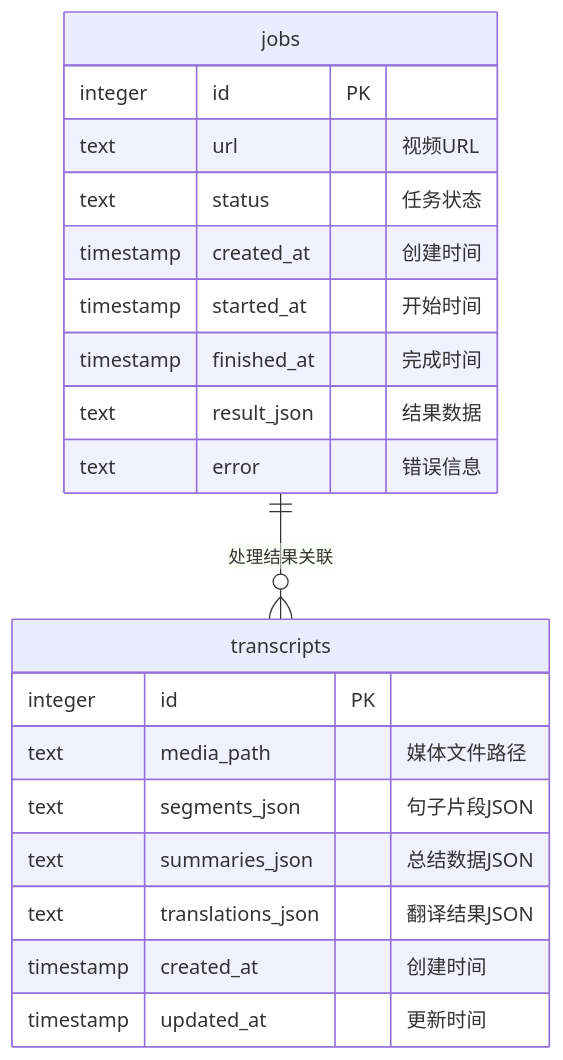
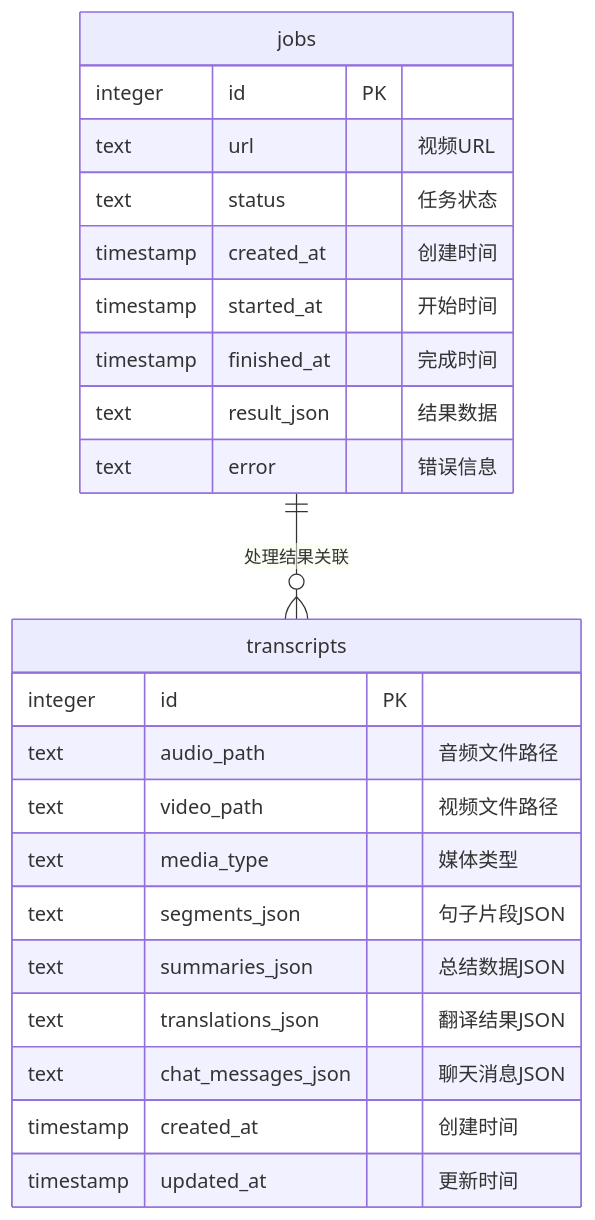
Before and after one commit to li-xiu-qi/HearSight: the diagram in docs/database_schema.md, drawn with Mermaid. The commit also changed other lines of this file and 12 other files, not shown here.

````diff
--- a/docs/database_schema.md
+++ b/docs/database_schema.md
@@ -47,25 +51,28 @@
 ```mermaid
 erDiagram
     jobs ||--o{ transcripts : "处理结果关联"
 
     jobs {
         integer id PK
         text url "视频URL"
         text status "任务状态"
         timestamp created_at "创建时间"
         timestamp started_at "开始时间"
         timestamp finished_at "完成时间"
         text result_json "结果数据"
         text error "错误信息"
     }
 
     transcripts {
         integer id PK
-        text media_path "媒体文件路径"
+        text audio_path "音频文件路径"
+        text video_path "视频文件路径"
+        text media_type "媒体类型"
         text segments_json "句子片段JSON"
         text summaries_json "总结数据JSON"
         text translations_json "翻译结果JSON"
+        text chat_messages_json "聊天消息JSON"
         timestamp created_at "创建时间"
         timestamp updated_at "更新时间"
     }
 ```
````
